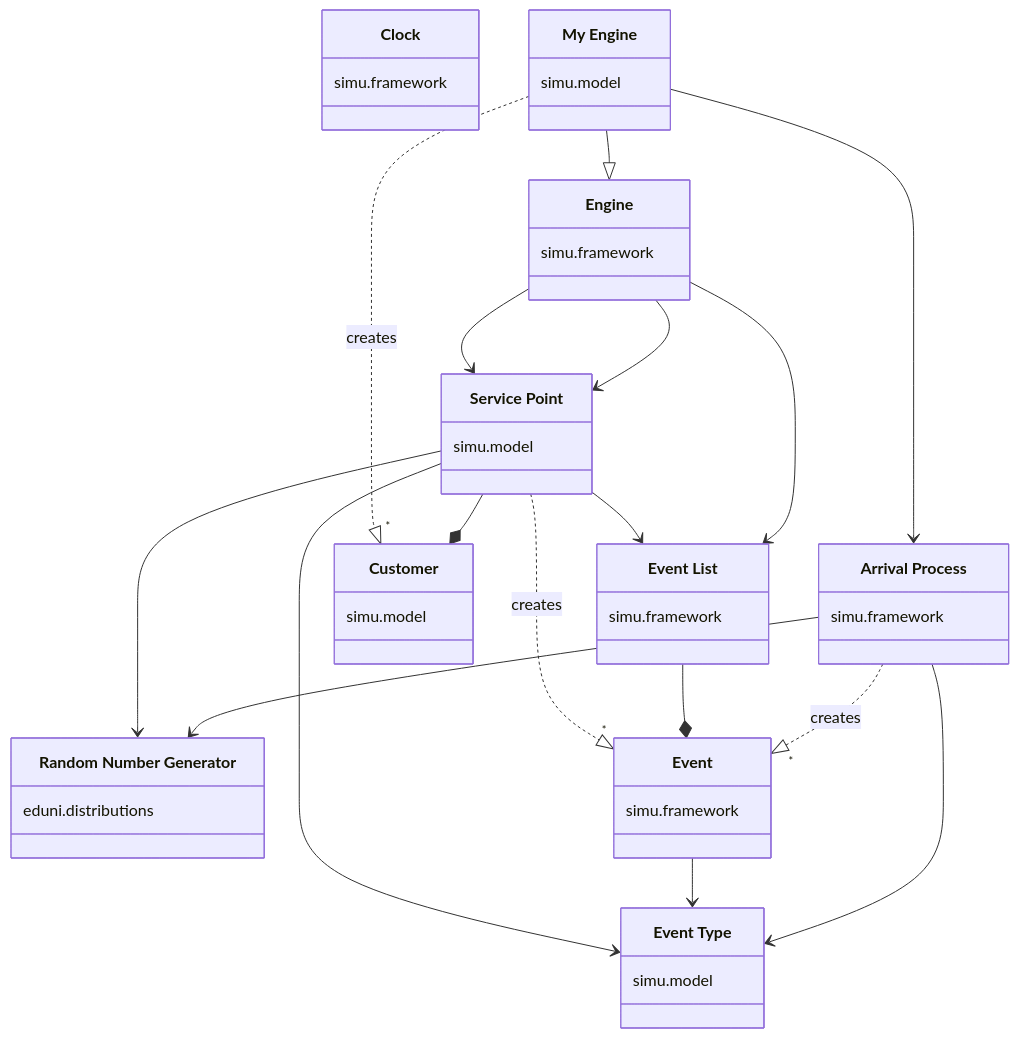
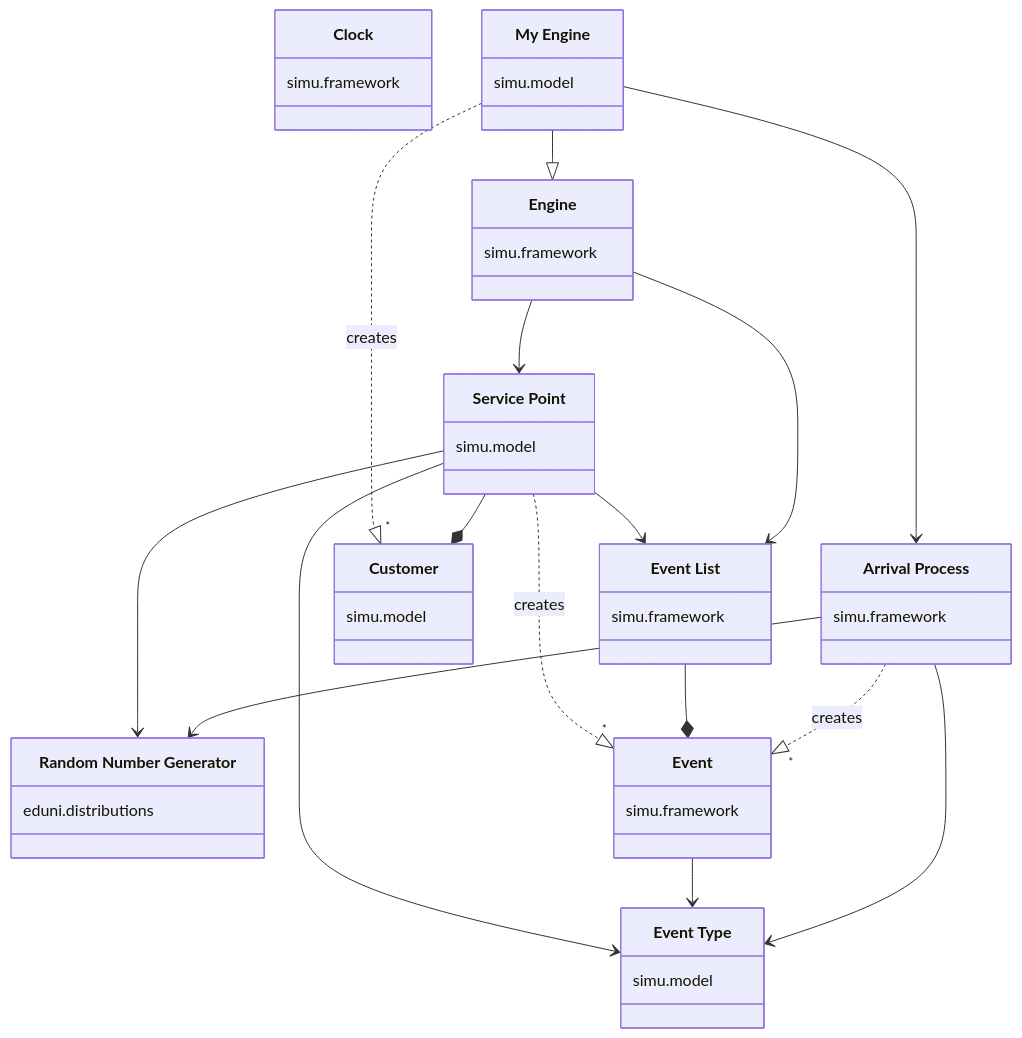
The diagram in 3.1_Architecture_Overview.md (jacquesbergelius/PP-CourseMaterial), drawn with Mermaid before and after one commit. The commit also changed 2 other files, not shown here.

Commit message:
Section 3.1 UML diagram mods

````diff
--- a/3.1_Architecture_Overview.md
+++ b/3.1_Architecture_Overview.md
@@ -71,30 +71,29 @@
 ```mermaid
 classDiagram
     class Clock { simu.framework }
     class RandomNumberGenerator["Random Number Generator"] { eduni.distributions }
     class ArrivalProcess["Arrival Process"]  { simu.framework }
     class Engine { simu.framework }
     class Event { simu.framework }
     class EventList["Event List"] { simu.framework }
     class MyEngine["My Engine"] { simu.model }
     class EventType["Event Type"]  { simu.model }
     class ServicePoint["Service Point"]  { simu.model }
     class Customer  { simu.model }
     
     ArrivalProcess --> RandomNumberGenerator
     MyEngine --> ArrivalProcess
     ArrivalProcess --> EventType
     Engine --> EventList
     MyEngine --|> Engine
     Engine --> ServicePoint
     ArrivalProcess ..|> "*" Event : creates
     EventList  --* Event
     Event --> EventType
     ServicePoint --> EventType
     ServicePoint ..|> "*" Event : creates
     ServicePoint --> EventList
-    Engine --> ServicePoint
     ServicePoint --* Customer
     ServicePoint --> RandomNumberGenerator
     MyEngine ..|> "*" Customer : creates
 ```
````
